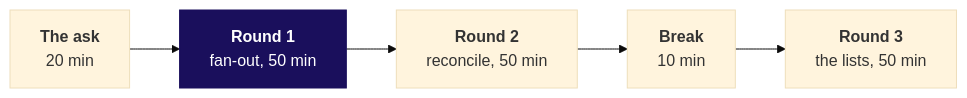
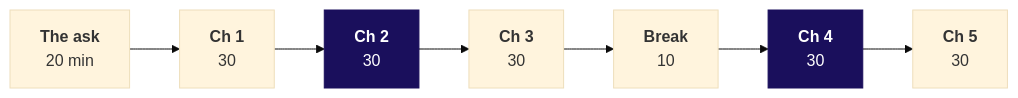
One commit to fde-academy-lab/c2-content-factory changed the first of 2 diagrams in content/W02/D2/trainer/C2_W02_D02_day_sheet_TRAINER.md. Above: the diagram before and after it, drawn with Mermaid (base theme). The commit also changed other lines of this file and 10 other files, not shown here.

````diff
--- a/content/W02/D2/trainer/C2_W02_D02_day_sheet_TRAINER.md
+++ b/content/W02/D2/trainer/C2_W02_D02_day_sheet_TRAINER.md
@@ -34,6 +54,6 @@
 ```mermaid
 flowchart LR
-    A["<b>The ask</b><br/>20 min"] --> R1["<b>Round 1</b><br/>fan-out, 50 min"] --> R2["<b>Round 2</b><br/>reconcile, 50 min"] --> B["<b>Break</b><br/>10 min"] --> R3["<b>Round 3</b><br/>the lists, 50 min"]
+    A["<b>The ask</b><br/>20 min"] --> C1["<b>Ch 1</b><br/>30"] --> C2["<b>Ch 2</b><br/>30"] --> C3["<b>Ch 3</b><br/>30"] --> B["<b>Break</b><br/>10"] --> C4["<b>Ch 4</b><br/>30"] --> C5["<b>Ch 5</b><br/>30"]
     classDef core fill:#1A0F5C,stroke:#1A0F5C,color:#FFFFFF
-    class R1 core
+    class C2,C4 core
 ```
````
